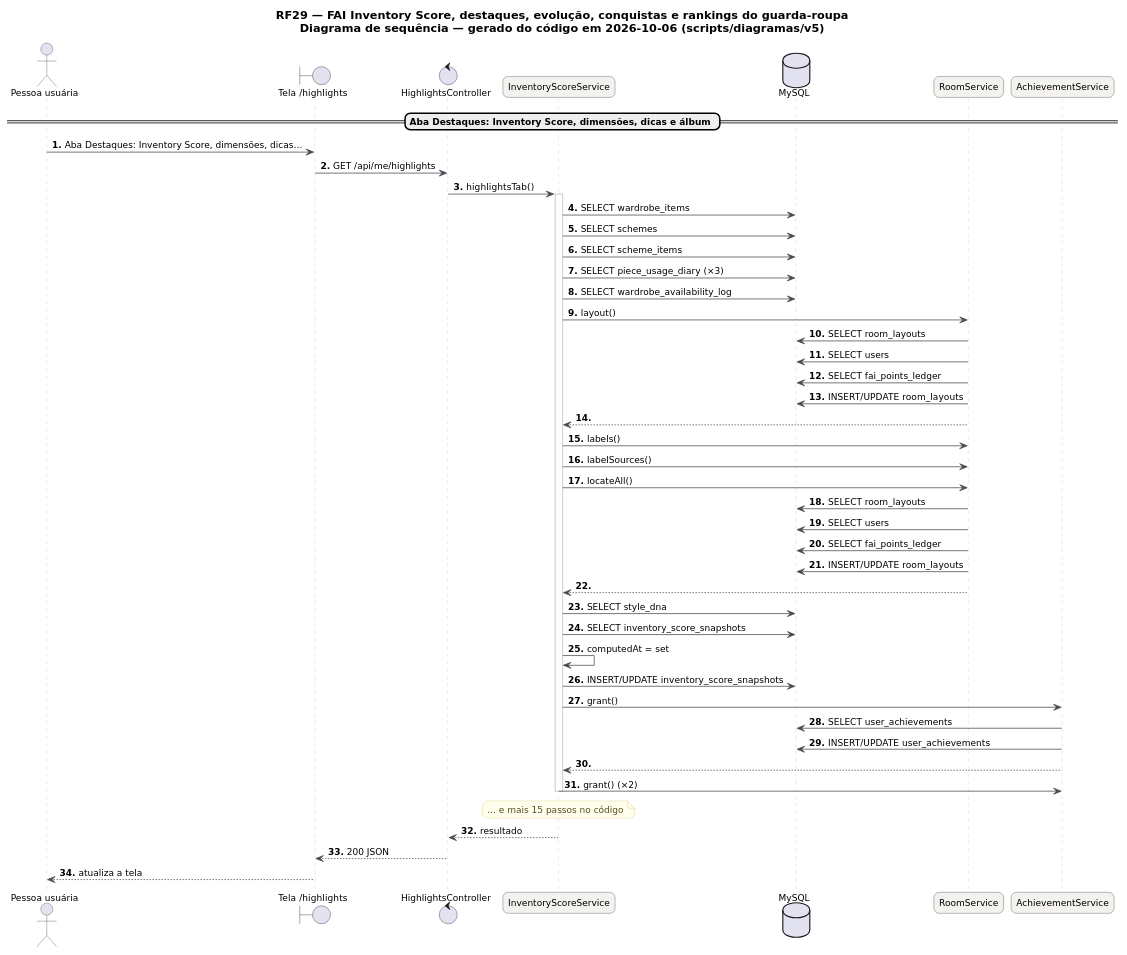
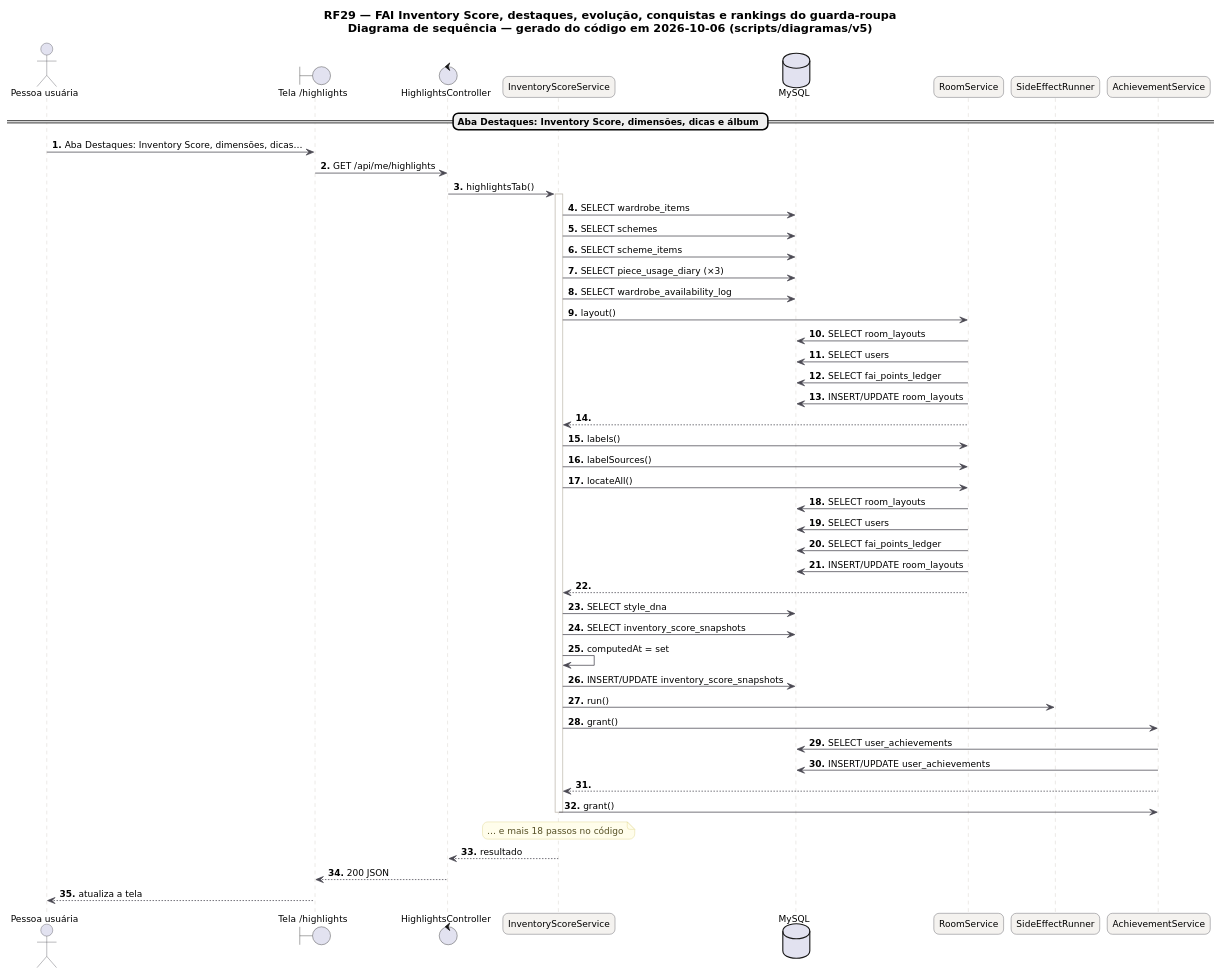
One commit to MatheusHaliski/tcc-2026-fashion-ai-backend changed the diagram in docs/diagramas/RF29/RF29-sequencia.puml. Above: the diagram before and after it, drawn with PlantUML. The commit also changed 36 other files, not shown here.

```diff
--- a/docs/diagramas/RF29/RF29-sequencia.puml
+++ b/docs/diagramas/RF29/RF29-sequencia.puml
@@ -1,71 +1,73 @@
 @startuml RF29_Sequencia
 skinparam backgroundColor #FFFFFF
 skinparam shadowing false
 skinparam defaultFontName "DejaVu Sans"
 skinparam defaultFontSize 12
 skinparam titleFontSize 15
 skinparam roundcorner 14
 skinparam ArrowColor #52606D
 skinparam note {
   BackgroundColor #FFFDEB
   BorderColor #D8CE78
   FontColor #554F24
 }
 skinparam sequence {
   ArrowColor #4A4852
   LifeLineBorderColor #CBC6BE
   ParticipantBackgroundColor #F4F2EF
   ParticipantBorderColor #4A4852
   ActorBorderColor #4A4852
   GroupBorderColor #CBC6BE
   GroupBackgroundColor #FAF8F5
 }
 autonumber "<b>0."
 title RF29 — FAI Inventory Score, destaques, evolução, conquistas e rankings do guarda-roupa\nDiagrama de sequência — gerado do código em 2026-10-06 (scripts/diagramas/v5)
 
 actor "Pessoa usuária" as U
 boundary "Tela /highlights" as P
 control "HighlightsController" as HighlightsController
 participant "InventoryScoreService" as InventoryScoreService
 database "MySQL" as DB_MySQL
 participant "RoomService" as RoomService
+participant "SideEffectRunner" as SideEffectRunner
 participant "AchievementService" as AchievementService
 == Aba Destaques: Inventory Score, dimensões, dicas e álbum ==
 U -> P : Aba Destaques: Inventory Score, dimensões, dicas…
 P -> HighlightsController : GET /api/me/highlights
 HighlightsController -> InventoryScoreService : highlightsTab()
 activate InventoryScoreService
 InventoryScoreService -> DB_MySQL : SELECT wardrobe_items
 InventoryScoreService -> DB_MySQL : SELECT schemes
 InventoryScoreService -> DB_MySQL : SELECT scheme_items
 InventoryScoreService -> DB_MySQL : SELECT piece_usage_diary (×3)
 InventoryScoreService -> DB_MySQL : SELECT wardrobe_availability_log
 InventoryScoreService -> RoomService : layout()
 RoomService -> DB_MySQL : SELECT room_layouts
 RoomService -> DB_MySQL : SELECT users
 RoomService -> DB_MySQL : SELECT fai_points_ledger
 RoomService -> DB_MySQL : INSERT/UPDATE room_layouts
 RoomService --> InventoryScoreService
 InventoryScoreService -> RoomService : labels()
 InventoryScoreService -> RoomService : labelSources()
 InventoryScoreService -> RoomService : locateAll()
 RoomService -> DB_MySQL : SELECT room_layouts
 RoomService -> DB_MySQL : SELECT users
 RoomService -> DB_MySQL : SELECT fai_points_ledger
 RoomService -> DB_MySQL : INSERT/UPDATE room_layouts
 RoomService --> InventoryScoreService
 InventoryScoreService -> DB_MySQL : SELECT style_dna
 InventoryScoreService -> DB_MySQL : SELECT inventory_score_snapshots
 InventoryScoreService -> InventoryScoreService : computedAt = set
 InventoryScoreService -> DB_MySQL : INSERT/UPDATE inventory_score_snapshots
+InventoryScoreService -> SideEffectRunner : run()
 InventoryScoreService -> AchievementService : grant()
 AchievementService -> DB_MySQL : SELECT user_achievements
 AchievementService -> DB_MySQL : INSERT/UPDATE user_achievements
 AchievementService --> InventoryScoreService
-InventoryScoreService -> AchievementService : grant() (×2)
-note over InventoryScoreService : … e mais 15 passos no código
+InventoryScoreService -> AchievementService : grant()
+note over InventoryScoreService : … e mais 18 passos no código
 deactivate InventoryScoreService
 InventoryScoreService --> HighlightsController : resultado
 HighlightsController --> P : 200 JSON
 P --> U : atualiza a tela
 @enduml
```
